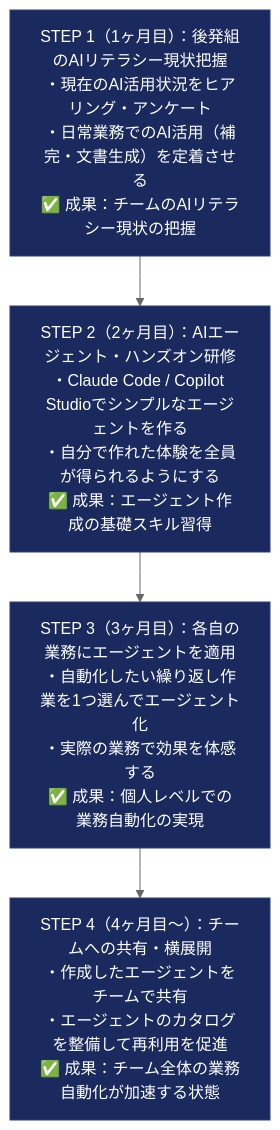
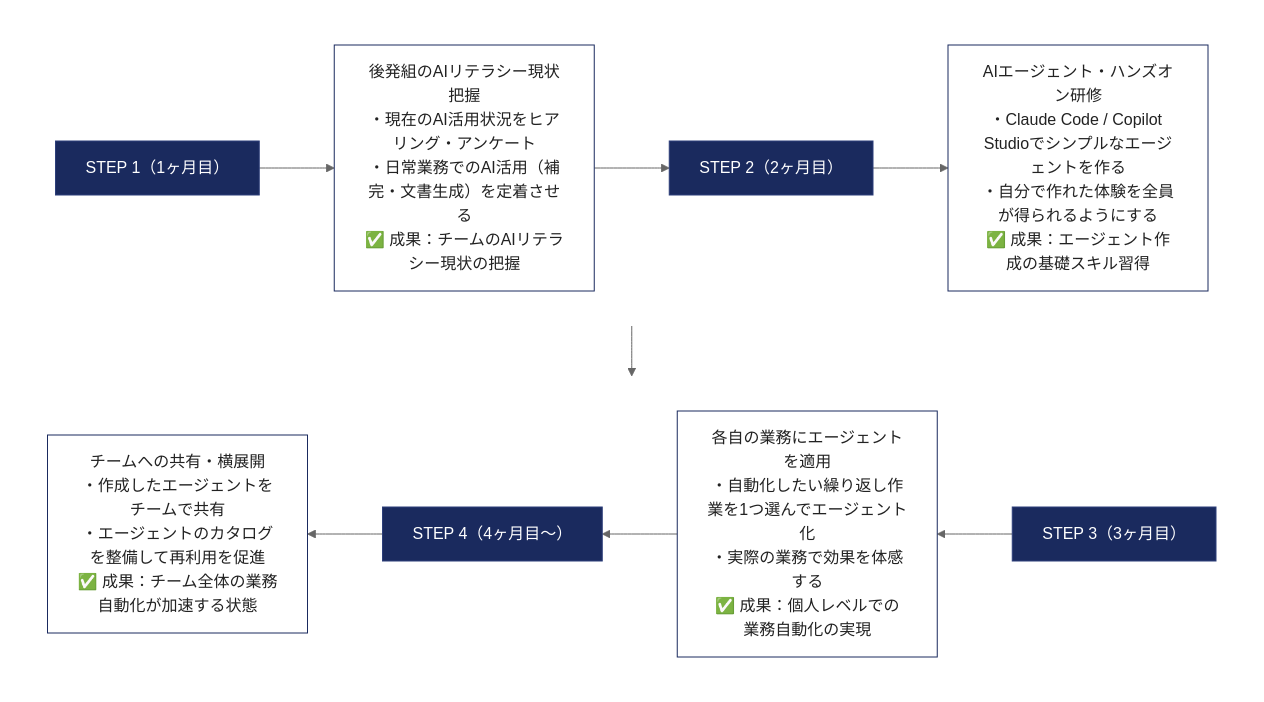
Before and after one commit to Kengo55555/My_Study: the ninth of 10 diagrams in AI_Idea/AI_ADOPTION_PROPOSAL.md, drawn with Mermaid (neutral theme). The commit also changed other lines of this file and 1 other file, not shown here.

Commit message:
Refactor proposal: bullet points, コ字 Mermaid layout, navy titles / white content nodes

````diff
--- a/AI_Idea/AI_ADOPTION_PROPOSAL.md
+++ b/AI_Idea/AI_ADOPTION_PROPOSAL.md
@@ -312,10 +423,22 @@
 ```mermaid
 flowchart TD
-    S1["STEP 1（1ヶ月目）：後発組のAIリテラシー現状把握<br/>・現在のAI活用状況をヒアリング・アンケート<br/>・日常業務でのAI活用（補完・文書生成）を定着させる<br/>✅ 成果：チームのAIリテラシー現状の把握"]
-    S2["STEP 2（2ヶ月目）：AIエージェント・ハンズオン研修<br/>・Claude Code / Copilot Studioでシンプルなエージェントを作る<br/>・自分で作れた体験を全員が得られるようにする<br/>✅ 成果：エージェント作成の基礎スキル習得"]
-    S3["STEP 3（3ヶ月目）：各自の業務にエージェントを適用<br/>・自動化したい繰り返し作業を1つ選んでエージェント化<br/>・実際の業務で効果を体感する<br/>✅ 成果：個人レベルでの業務自動化の実現"]
-    S4["STEP 4（4ヶ月目〜）：チームへの共有・横展開<br/>・作成したエージェントをチームで共有<br/>・エージェントのカタログを整備して再利用を促進<br/>✅ 成果：チーム全体の業務自動化が加速する状態"]
-    S1 --> S2 --> S3 --> S4
-    classDef stepNode fill:#1a2a5e,stroke:#2c3e7a,color:#fff
-    class S1,S2,S3,S4 stepNode
+    subgraph row1[" "]
+        direction LR
+        T1["STEP 1（1ヶ月目）"] --> C1["後発組のAIリテラシー現状把握<br/>・現在のAI活用状況をヒアリング・アンケート<br/>・日常業務でのAI活用（補完・文書生成）を定着させる<br/>✅ 成果：チームのAIリテラシー現状の把握"]
+        C1 --> T2["STEP 2（2ヶ月目）"]
+        T2 --> C2["AIエージェント・ハンズオン研修<br/>・Claude Code / Copilot Studioでシンプルなエージェントを作る<br/>・自分で作れた体験を全員が得られるようにする<br/>✅ 成果：エージェント作成の基礎スキル習得"]
+    end
+    subgraph row2[" "]
+        direction RL
+        T3["STEP 3（3ヶ月目）"] --> C3["各自の業務にエージェントを適用<br/>・自動化したい繰り返し作業を1つ選んでエージェント化<br/>・実際の業務で効果を体感する<br/>✅ 成果：個人レベルでの業務自動化の実現"]
+        C3 --> T4["STEP 4（4ヶ月目〜）"]
+        T4 --> C4["チームへの共有・横展開<br/>・作成したエージェントをチームで共有<br/>・エージェントのカタログを整備して再利用を促進<br/>✅ 成果：チーム全体の業務自動化が加速する状態"]
+    end
+    C2 --> T3
+    style row1 fill:transparent,stroke:transparent,color:transparent
+    style row2 fill:transparent,stroke:transparent,color:transparent
+    classDef title fill:#1a2a5e,stroke:#2c3e7a,color:#fff
+    classDef content fill:#fff,stroke:#1a2a5e,color:#222
+    class T1,T2,T3,T4 title
+    class C1,C2,C3,C4 content
 ```
````
